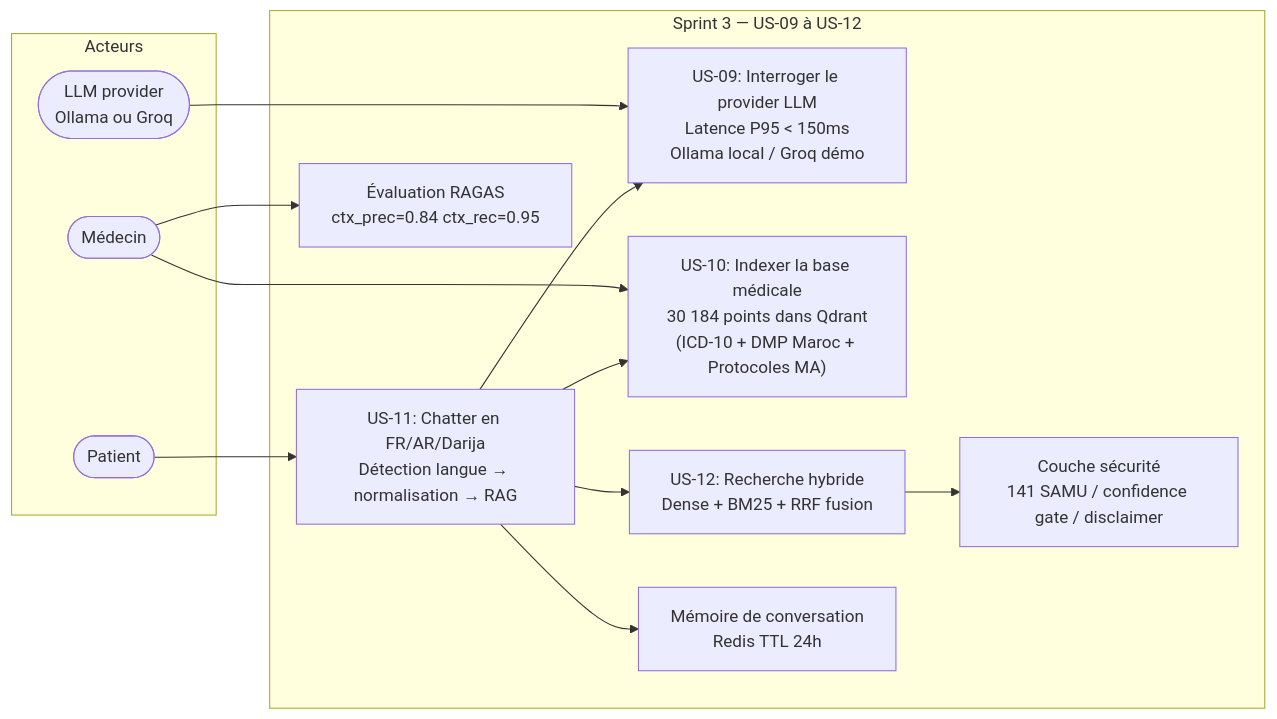
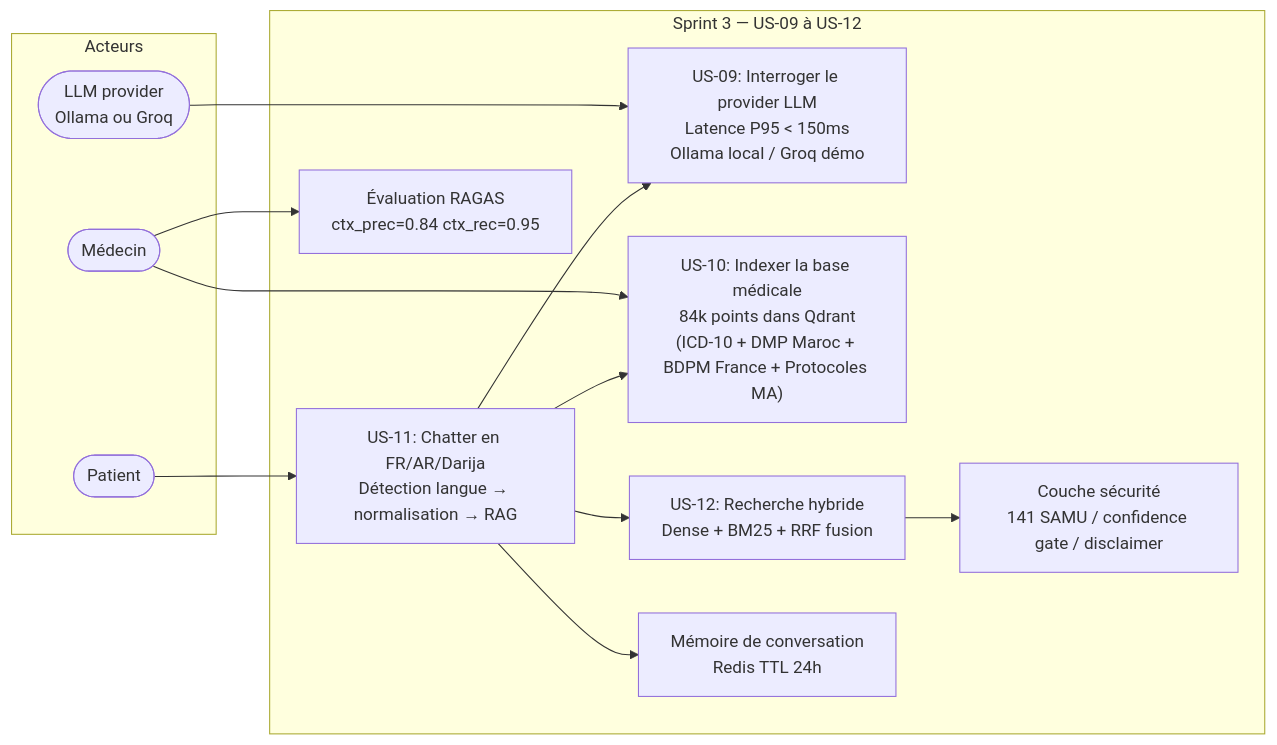
One commit to Boussyf0/MediSense-AI changed the seventh of 32 diagrams in docs/DIAGRAMMES.md. Above: the diagram before and after it, drawn with Mermaid. The commit also changed other lines of this file and 3 other files, not shown here.

````diff
--- a/docs/DIAGRAMMES.md
+++ b/docs/DIAGRAMMES.md
@@ -324,25 +324,25 @@
 ```mermaid
 flowchart LR
     subgraph A["Acteurs"]
         PATIENT(["Patient"])
         DOCTOR(["Médecin"])
         SYS(["LLM provider<br/>Ollama ou Groq"])
     end
 
     subgraph UC["Sprint 3 — US-09 à US-12"]
         UC9["US-09: Interroger le provider LLM<br/>Latence P95 < 150ms<br/>Ollama local / Groq démo"]
-        UC10["US-10: Indexer la base médicale<br/>30 184 points dans Qdrant<br/>(ICD-10 + DMP Maroc + Protocoles MA)"]
+        UC10["US-10: Indexer la base médicale<br/>84k points dans Qdrant<br/>(ICD-10 + DMP Maroc + BDPM France + Protocoles MA)"]
         UC11["US-11: Chatter en FR/AR/Darija<br/>Détection langue → normalisation → RAG"]
         UC12["US-12: Recherche hybride<br/>Dense + BM25 + RRF fusion"]
         SAFE["Couche sécurité<br/>141 SAMU / confidence gate / disclaimer"]
         EVAL["Évaluation RAGAS<br/>ctx_prec=0.84 ctx_rec=0.95"]
         MEM["Mémoire de conversation<br/>Redis TTL 24h"]
     end
 
     PATIENT --> UC11
     UC11 --> UC9 & UC10 & UC12
     UC12 --> SAFE
     SYS --> UC9
     UC11 --> MEM
     DOCTOR --> UC10 & EVAL
 ```
````
